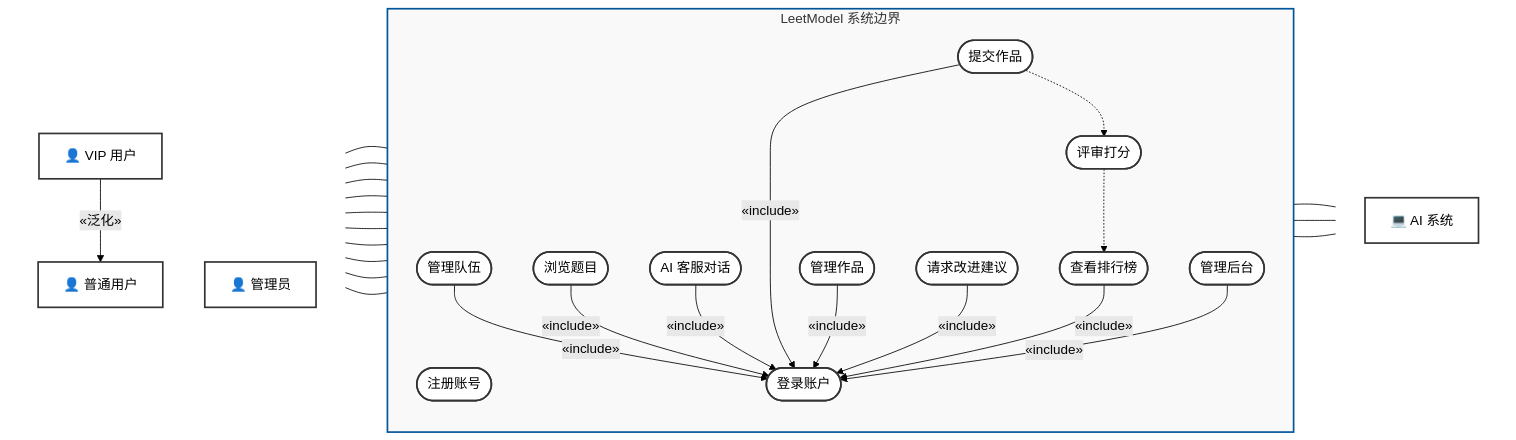
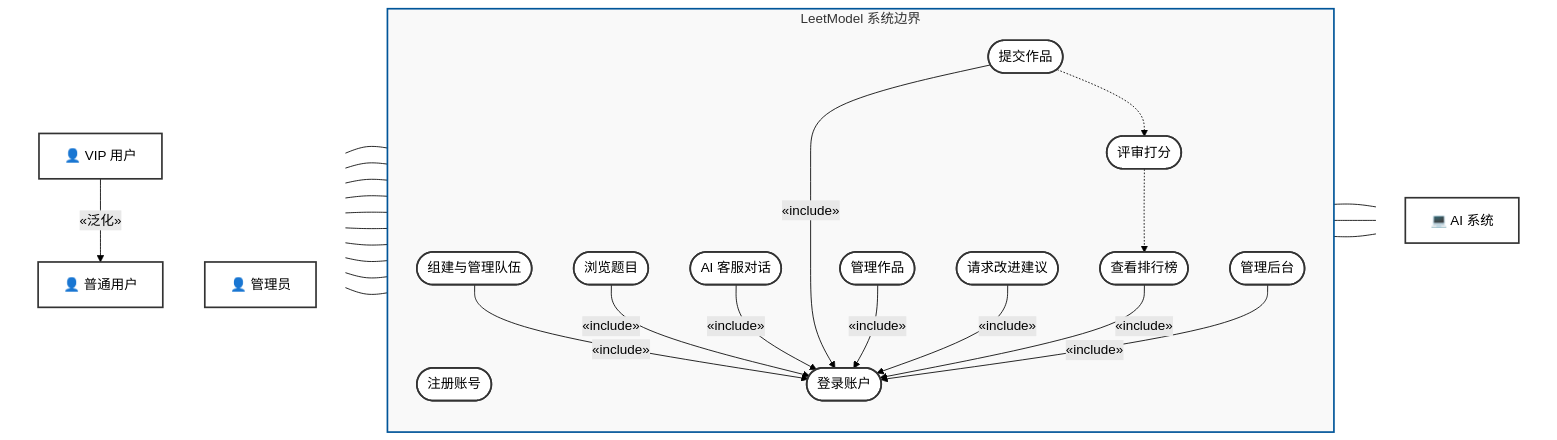
Before and after one commit to Dorian7Alden/LeetModel: the diagram in docs/project/需求分析/用例分析结论.md, drawn with Mermaid (forest theme). The commit also changed other lines of this file and 9 other files, not shown here.

```diff
--- a/docs/project/需求分析/用例分析结论.md
+++ b/docs/project/需求分析/用例分析结论.md
@@ -63,7 +63,7 @@
         direction TB
         UC01(["注册账号"]):::usecaseStyle
         UC02(["登录账户"]):::usecaseStyle
-        UC03(["管理队伍"]):::usecaseStyle
+        UC03(["组建与管理队伍"]):::usecaseStyle
         UC04(["浏览题目"]):::usecaseStyle
         UC05(["AI 客服对话"]):::usecaseStyle
         UC06(["提交作品"]):::usecaseStyle
```
